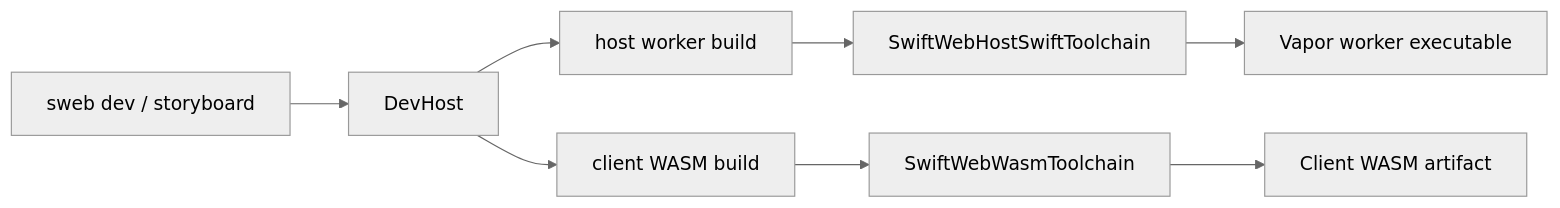
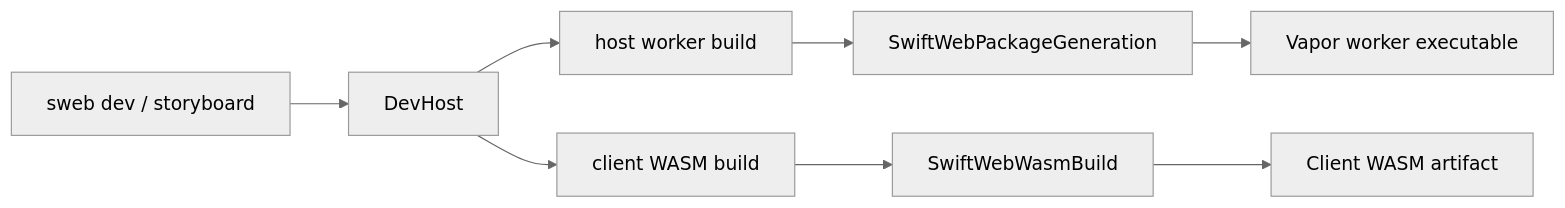
One commit to 1amageek/swift-web changed the first of 6 diagrams in Sources/SwiftWebDevelopment/README.md. Above: the diagram before and after it, drawn with Mermaid (neutral theme). The commit also changed other lines of this file and 354 other files, not shown here.

````diff
--- a/Sources/SwiftWebDevelopment/README.md
+++ b/Sources/SwiftWebDevelopment/README.md
@@ -49,10 +53,10 @@
 ```mermaid
 flowchart LR
   A["sweb dev / storyboard"] --> B["DevHost"]
   B --> C["host worker build"]
   B --> D["client WASM build"]
-  C --> E["SwiftWebHostSwiftToolchain"]
-  D --> F["SwiftWebWasmToolchain"]
+  C --> E["SwiftWebPackageGeneration"]
+  D --> F["SwiftWebWasmBuild"]
   E --> G["Vapor worker executable"]
   F --> H["Client WASM artifact"]
 ```
````
